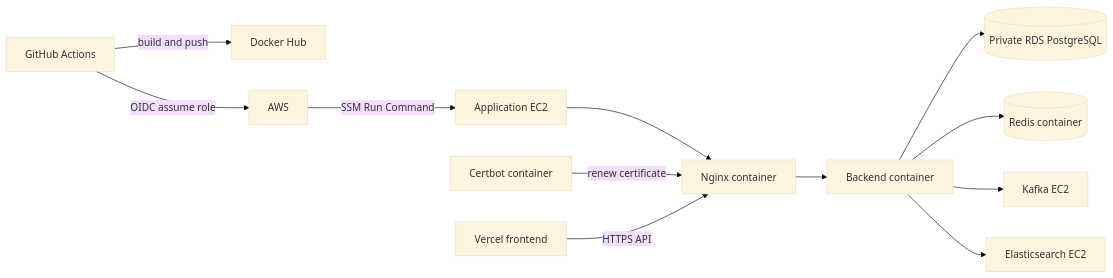
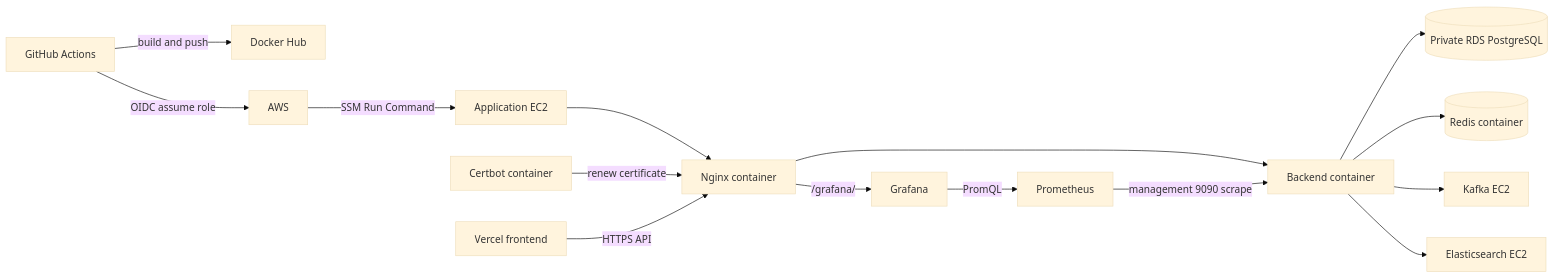
Before and after one commit to xixvivji/SKALA-shop-api: the diagram in deploy/README.md, drawn with Mermaid (base theme). The commit also changed other lines of this file and 3 other files, not shown here.

````diff
--- a/deploy/README.md
+++ b/deploy/README.md
@@ -116,14 +117,17 @@
 ```mermaid
 flowchart LR
     GH[GitHub Actions] -->|build and push| DH[Docker Hub]
     GH -->|OIDC assume role| AWS[AWS]
     AWS -->|SSM Run Command| EC2[Application EC2]
     EC2 --> N[Nginx container]
     N --> B[Backend container]
     B --> R[(Private RDS PostgreSQL)]
     B --> RD[(Redis container)]
     B --> K[Kafka EC2]
     B --> E[Elasticsearch EC2]
+    P[Prometheus] -->|management 9090 scrape| B
+    GR[Grafana] -->|PromQL| P
+    N -->|/grafana/| GR
     C[Certbot container] -->|renew certificate| N
     V[Vercel frontend] -->|HTTPS API| N
 ```
````
